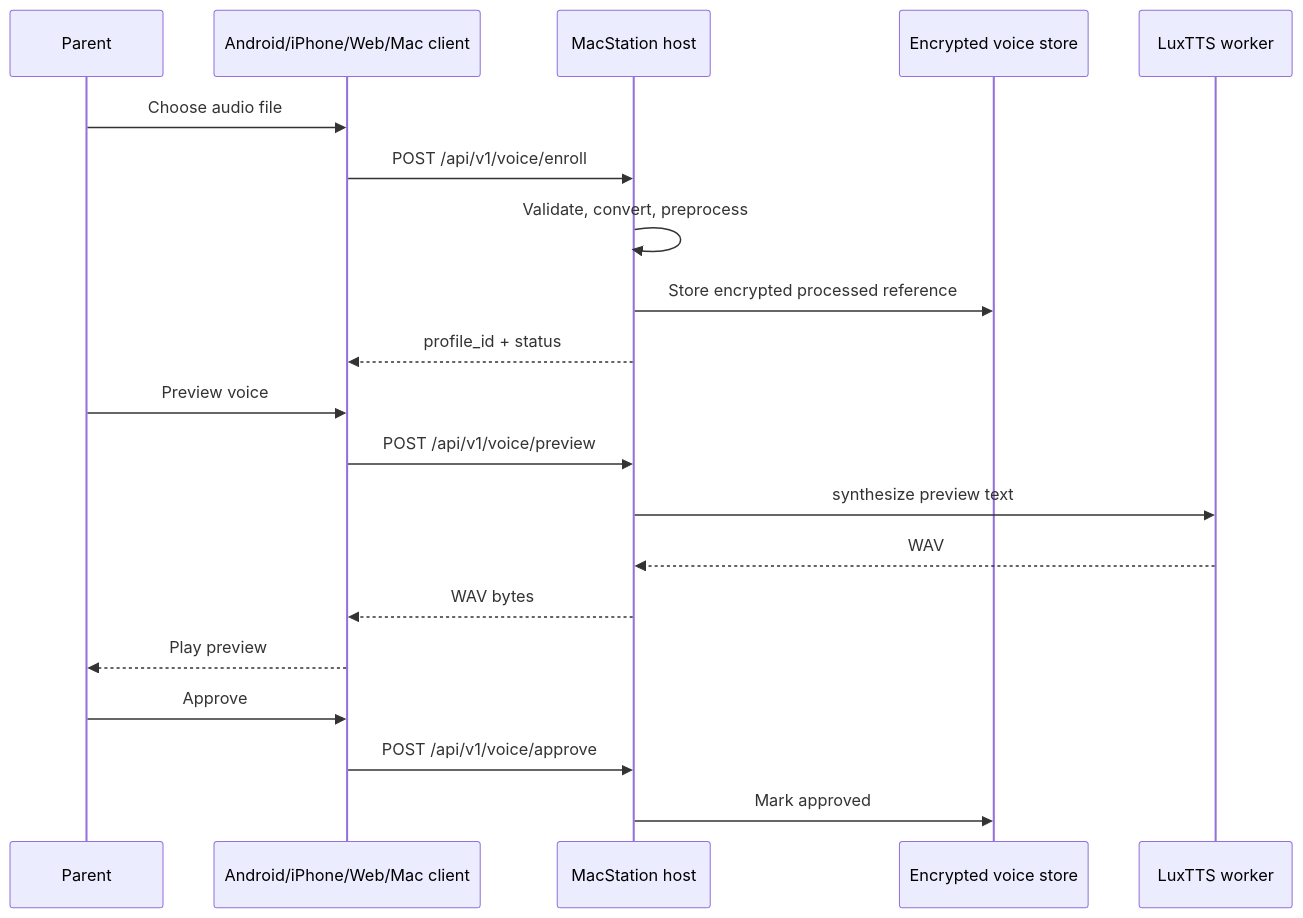
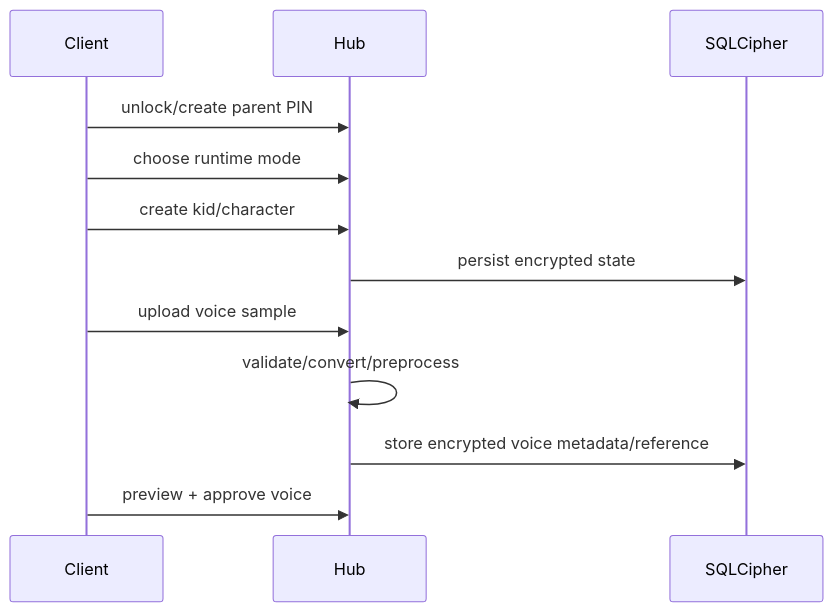
One commit to palwe-prafulla/plushpal changed the third of 4 diagrams in docs/architecture/SYSTEM_DESIGN.md. Above: the diagram before and after it, drawn with Mermaid. The commit also changed other lines of this file and 9 other files, not shown here.

Commit message:
Document PlushBuddy Hub target architecture

````diff
--- a/docs/architecture/SYSTEM_DESIGN.md
+++ b/docs/architecture/SYSTEM_DESIGN.md
@@ -523,23 +372,15 @@
 ```mermaid
 sequenceDiagram
-    participant Parent
-    participant Client as Android/iPhone/Web/Mac client
-    participant Station as MacStation host
-    participant Store as Encrypted voice store
-    participant Lux as LuxTTS worker
+    participant Client
+    participant Hub
+    participant DB as SQLCipher
 
-    Parent->>Client: Choose audio file
-    Client->>Station: POST /api/v1/voice/enroll
-    Station->>Station: Validate, convert, preprocess
-    Station->>Store: Store encrypted processed reference
-    Station-->>Client: profile_id + status
-    Parent->>Client: Preview voice
-    Client->>Station: POST /api/v1/voice/preview
-    Station->>Lux: synthesize preview text
-    Lux-->>Station: WAV
-    Station-->>Client: WAV bytes
-    Client-->>Parent: Play preview
-    Parent->>Client: Approve
-    Client->>Station: POST /api/v1/voice/approve
-    Station->>Store: Mark approved
+    Client->>Hub: unlock/create parent PIN
+    Client->>Hub: choose runtime mode
+    Client->>Hub: create kid/character
+    Hub->>DB: persist encrypted state
+    Client->>Hub: upload voice sample
+    Hub->>Hub: validate/convert/preprocess
+    Hub->>DB: store encrypted voice metadata/reference
+    Client->>Hub: preview + approve voice
 ```
````
